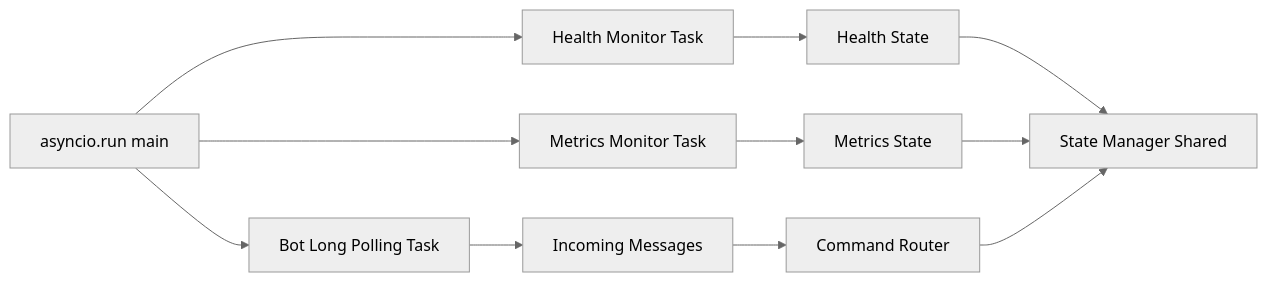
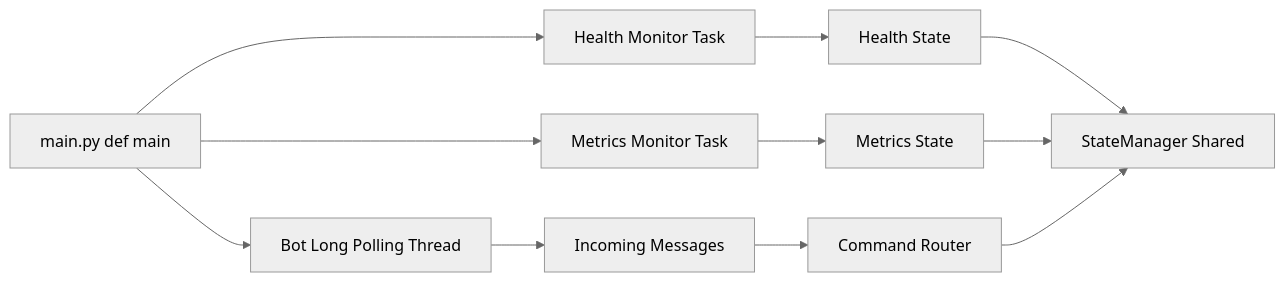
One commit to Vorpholomey/llm-bot changed the second of 3 diagrams in plans/architecture.md. Above: the diagram before and after it, drawn with Mermaid (neutral theme). The commit also changed other lines of this file and 13 other files, not shown here.

````diff
--- a/plans/architecture.md
+++ b/plans/architecture.md
@@ -110,16 +121,16 @@
 ```mermaid
 graph LR
-    A[asyncio.run main] --> B[Bot Long Polling Task]
+    A[main.py def main] --> B[Bot Long Polling Thread]
     A --> C[Health Monitor Task]
     A --> D[Metrics Monitor Task]
-    
+
     B --> E[Incoming Messages]
     E --> F[Command Router]
-    
+
     C --> G[Health State]
     D --> H[Metrics State]
-    
-    G --> I[State Manager Shared]
+
+    G --> I[StateManager Shared]
     H --> I
     F --> I
 ```
````
